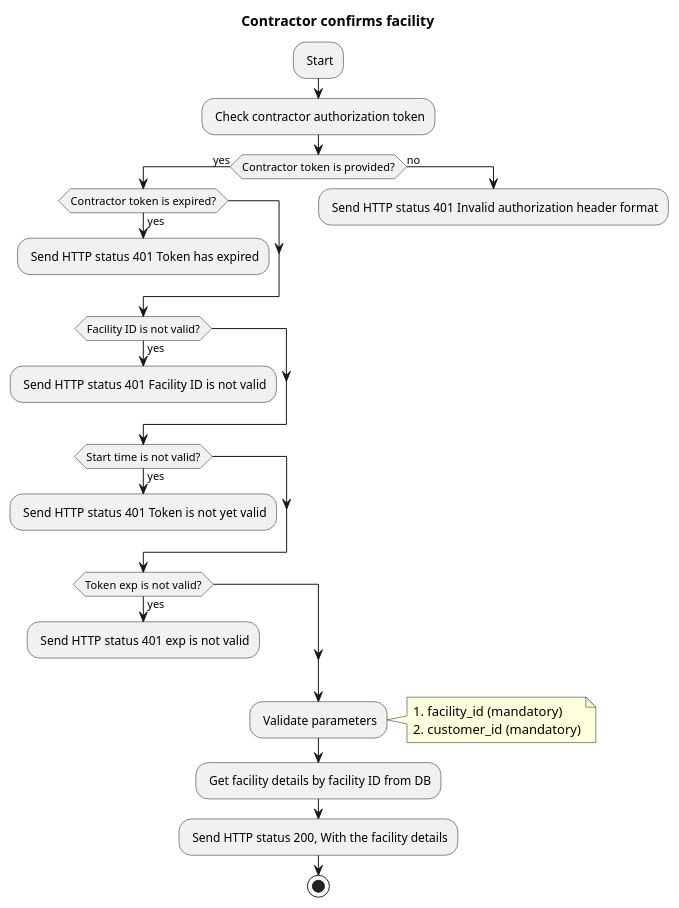
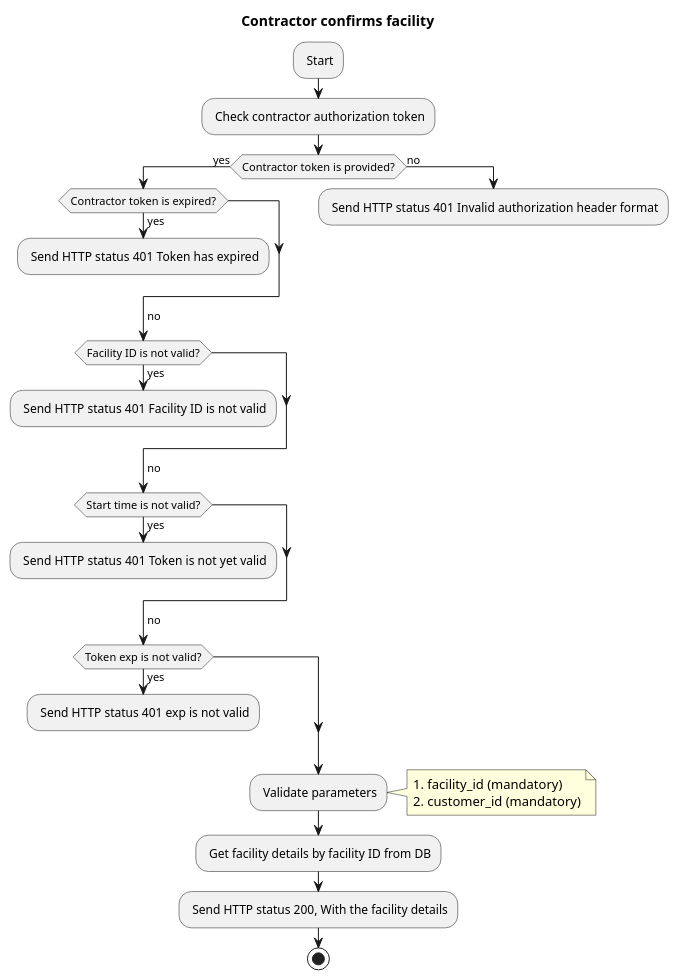
One commit to SonySemiconductorSolutions/aitrios-sample-tool-angle-adjustment changed the diagram in docsrc/apidocs/api-workflow/api-contractor/contractor-auth.puml. Above: the diagram before and after it, drawn with PlantUML. The commit also changed 264 other files, not shown here.

```diff
--- a/docsrc/apidocs/api-workflow/api-contractor/contractor-auth.puml
+++ b/docsrc/apidocs/api-workflow/api-contractor/contractor-auth.puml
@@ -1,35 +1,39 @@
 @startuml Contractor confirm facility
 title Contractor confirms facility
 
 : Start;
 : Check contractor authorization token;
 if (Contractor token is provided?) then (yes)
     if (Contractor token is expired?) then (yes)
         : Send HTTP status 401 Token has expired;
         kill
     endif
+    ->no;
     if (Facility ID is not valid?) then (yes)
         : Send HTTP status 401 Facility ID is not valid;
         kill
     endif
+    ->no;
     if (Start time is not valid?) then (yes)
         : Send HTTP status 401 Token is not yet valid;
         kill
     endif
+    ->no;
     if (Token exp is not valid?) then (yes)
         : Send HTTP status 401 exp is not valid;
         kill
     endif
+    ->no;
 else (no)
     : Send HTTP status 401 Invalid authorization header format;
     kill
 endif
 : Validate parameters;
 note right
     1. facility_id (mandatory)
     2. customer_id (mandatory)
 end note
 : Get facility details by facility ID from DB;
 : Send HTTP status 200, With the facility details;
 stop
 @enduml
```
